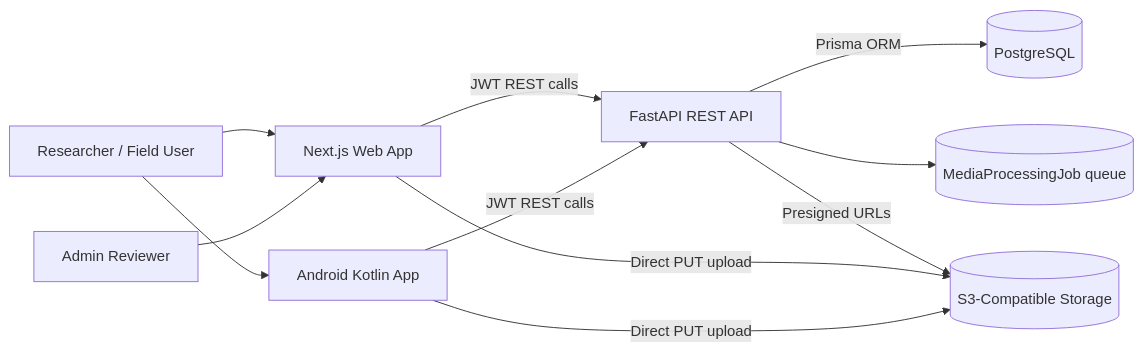
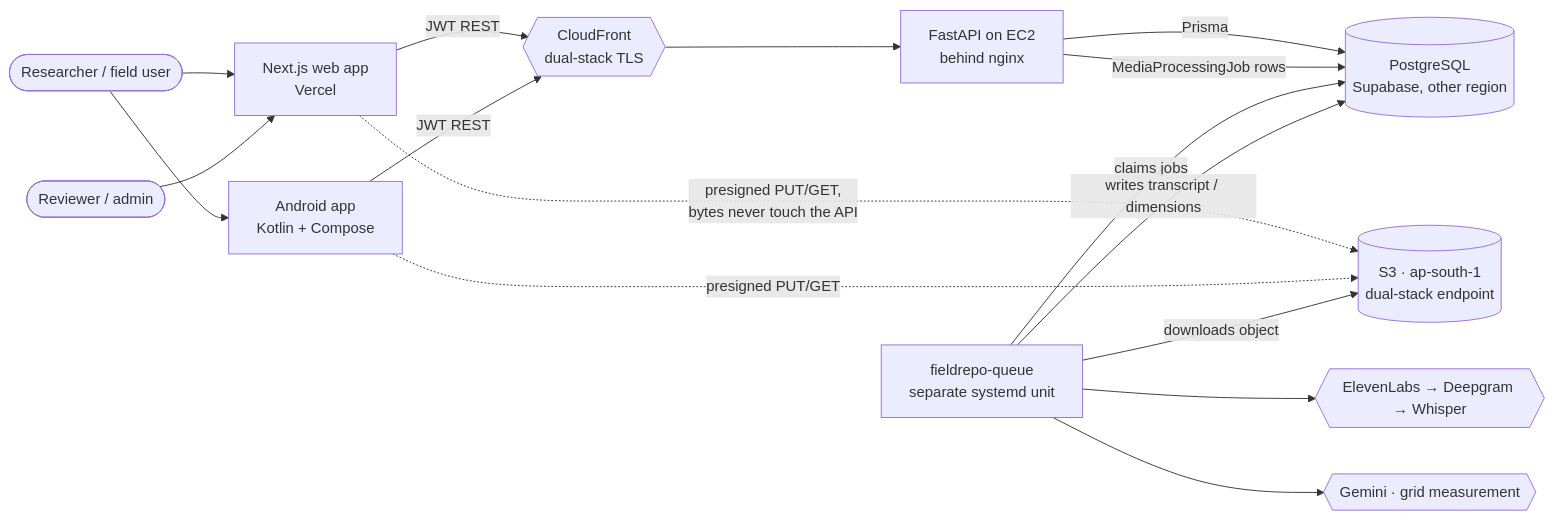
One commit to cxacraftecosystem-ui/documentation-portal changed the first of 13 diagrams in docs/ARCHITECTURE.md. Above: the diagram before and after it, drawn with Mermaid. The commit also changed other lines of this file and 278 other files, not shown here.

````diff
--- a/docs/ARCHITECTURE.md
+++ b/docs/ARCHITECTURE.md
@@ -7,22 +23,30 @@
 ```mermaid
 flowchart LR
-  researcher[Researcher / Field User]
-  admin[Admin Reviewer]
-  web[Next.js Web App]
-  android[Android Kotlin App]
-  api[FastAPI REST API]
-  db[(PostgreSQL)]
-  s3[(S3-Compatible Storage)]
-  queue[(MediaProcessingJob queue)]
+  researcher([Researcher / field user])
+  admin([Reviewer / admin])
+  web[Next.js web app<br/>Vercel]
+  android[Android app<br/>Kotlin + Compose]
+  cf{{CloudFront<br/>dual-stack TLS}}
+  api[FastAPI on EC2<br/>behind nginx]
+  db[(PostgreSQL<br/>Supabase, other region)]
+  s3[(S3 · ap-south-1<br/>dual-stack endpoint)]
+  worker[fieldrepo-queue<br/>separate systemd unit]
+  stt{{ElevenLabs → Deepgram → Whisper}}
+  gem{{Gemini · grid measurement}}
 
   researcher --> web
   researcher --> android
   admin --> web
-  web -->|JWT REST calls| api
-  android -->|JWT REST calls| api
-  api -->|Prisma ORM| db
-  api --> queue
-  api -->|Presigned URLs| s3
-  web -->|Direct PUT upload| s3
-  android -->|Direct PUT upload| s3
+  web -->|JWT REST| cf
+  android -->|JWT REST| cf
+  cf --> api
+  api -->|Prisma| db
+  web -.->|presigned PUT/GET,<br/>bytes never touch the API| s3
+  android -.->|presigned PUT/GET| s3
+  api -->|MediaProcessingJob rows| db
+  worker -->|claims jobs| db
+  worker -->|downloads object| s3
+  worker --> stt
+  worker --> gem
+  worker -->|writes transcript / dimensions| db
 ```
````
